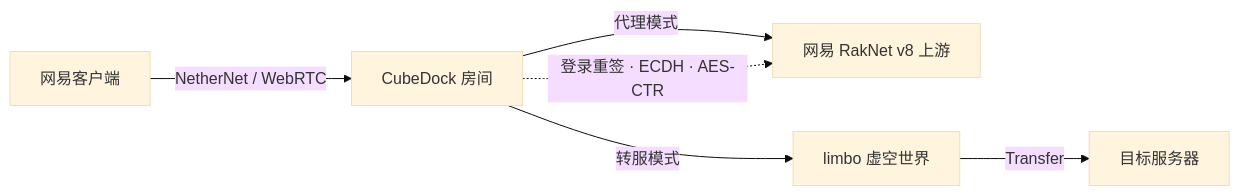
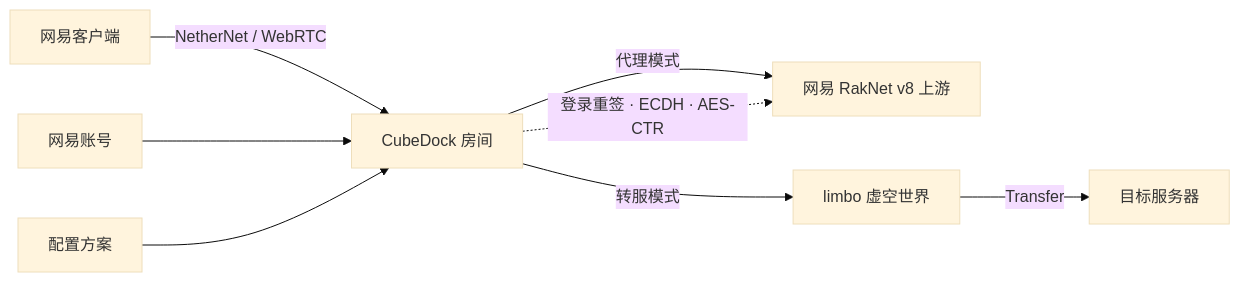
One commit to emuyx/CubeDock changed the diagram in README.md. Above: the diagram before and after it, drawn with Mermaid (base theme). The commit also changed other lines of this file and 11 other files, not shown here.

````diff
--- a/README.md
+++ b/README.md
@@ -28,8 +32,10 @@
 ```mermaid
 flowchart LR
   Client[网易客户端] -->|NetherNet / WebRTC| Room[CubeDock 房间]
   Room -->|代理模式| Upstream[网易 RakNet v8 上游]
   Room -->|转服模式| Limbo[limbo 虚空世界]
   Limbo -->|Transfer| Target[目标服务器]
   Room -.->|登录重签 · ECDH · AES-CTR| Upstream
+  Account[网易账号] --> Room
+  Profile[配置方案] --> Room
 ```
````
